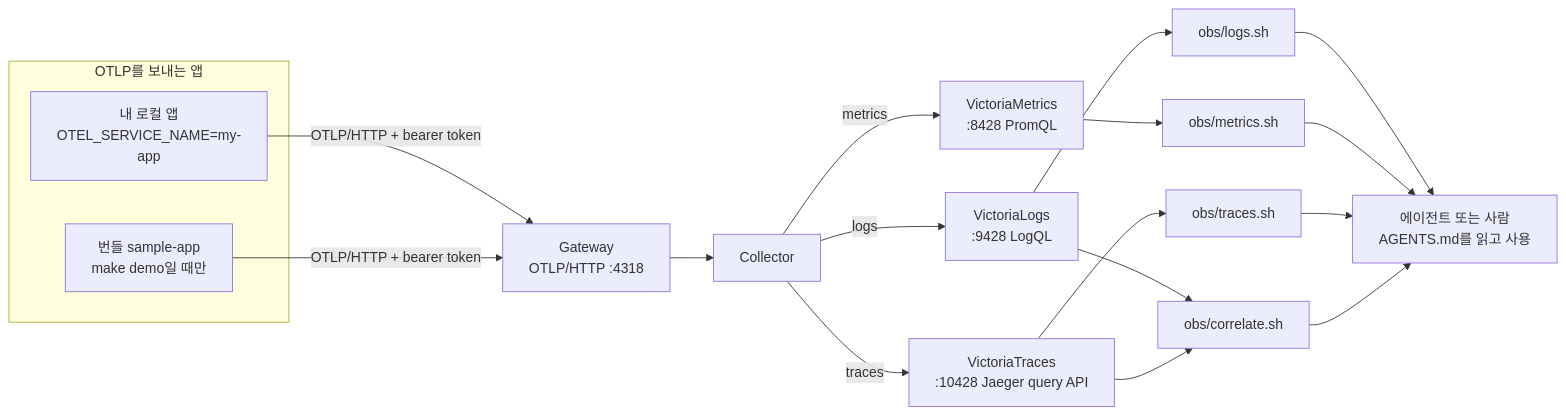
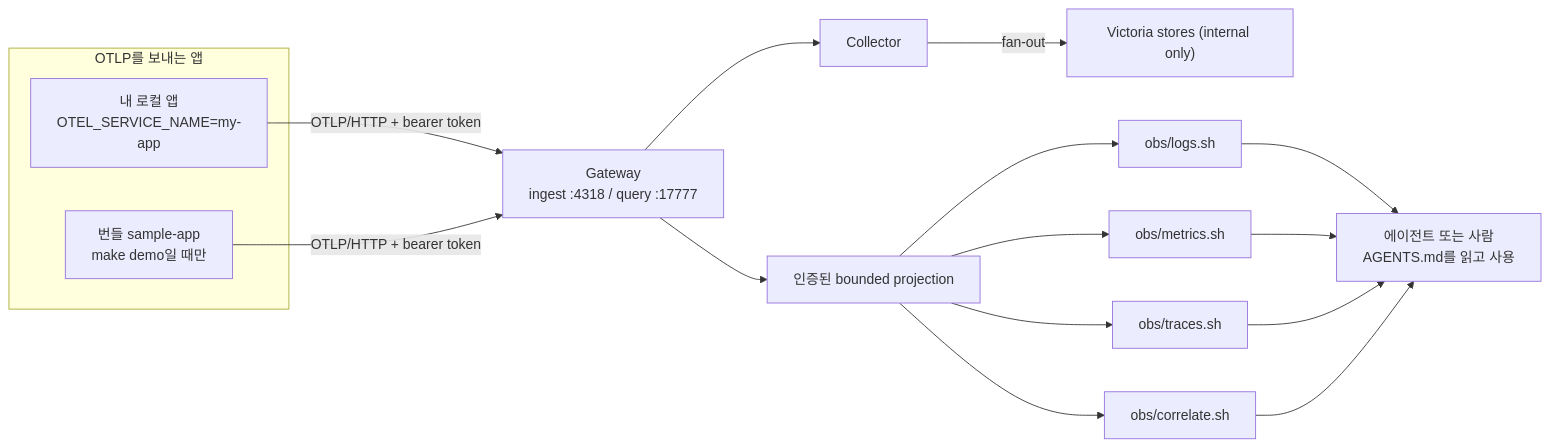
One commit to gkrtjd99/AgentOTelStack changed the third of 4 diagrams in README.md. Above: the diagram before and after it, drawn with Mermaid. The commit also changed other lines of this file and 46 other files, not shown here.

````diff
--- a/README.md
+++ b/README.md
@@ -349,28 +348,25 @@
 ```mermaid
 flowchart LR
   subgraph Apps["OTLP를 보내는 앱"]
     Own["내 로컬 앱<br/>OTEL_SERVICE_NAME=my-app"]
     Demo["번들 sample-app<br/>make demo일 때만"]
   end
 
-  Gateway["Gateway<br/>OTLP/HTTP :4318"]
+  Gateway["Gateway<br/>ingest :4318 / query :17777"]
 
   Own -->|"OTLP/HTTP + bearer token"| Gateway
   Demo -->|"OTLP/HTTP + bearer token"| Gateway
   Gateway --> Collector
+  Collector -->|"fan-out"| Stores["Victoria stores (internal only)"]
+  Gateway --> Projections["인증된 bounded projection"]
 
-  Collector -->|"logs"| Logs["VictoriaLogs<br/>:9428 LogQL"]
-  Collector -->|"metrics"| Metrics["VictoriaMetrics<br/>:8428 PromQL"]
-  Collector -->|"traces"| Traces["VictoriaTraces<br/>:10428 Jaeger query API"]
-
-  Logs --> LogTool["obs/logs.sh"]
-  Metrics --> MetricTool["obs/metrics.sh"]
-  Traces --> TraceTool["obs/traces.sh"]
-  Logs --> Correlate["obs/correlate.sh"]
-  Traces --> Correlate
+  Projections --> LogTool["obs/logs.sh"]
+  Projections --> MetricTool["obs/metrics.sh"]
+  Projections --> TraceTool["obs/traces.sh"]
+  Projections --> Correlate["obs/correlate.sh"]
 
   LogTool --> Reader["에이전트 또는 사람<br/>AGENTS.md를 읽고 사용"]
   MetricTool --> Reader
   TraceTool --> Reader
   Correlate --> Reader
 ```
````
